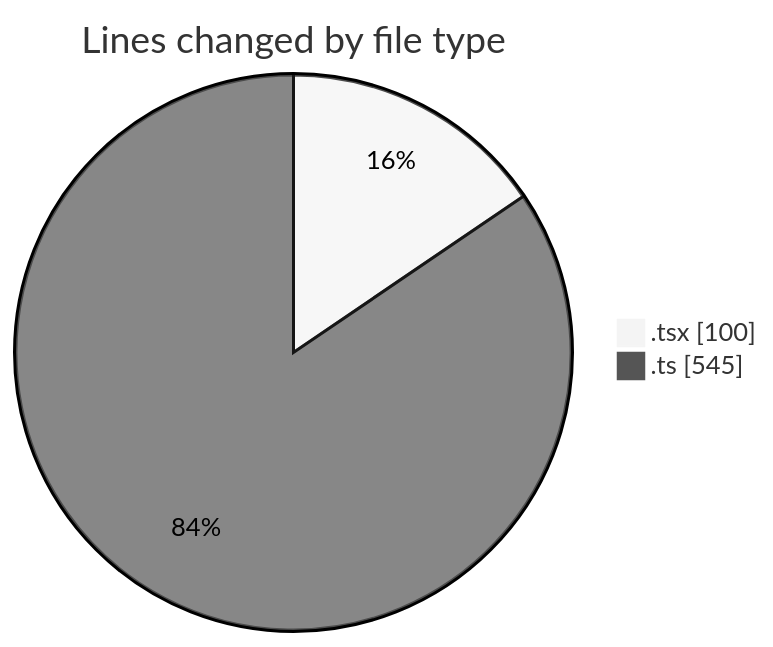
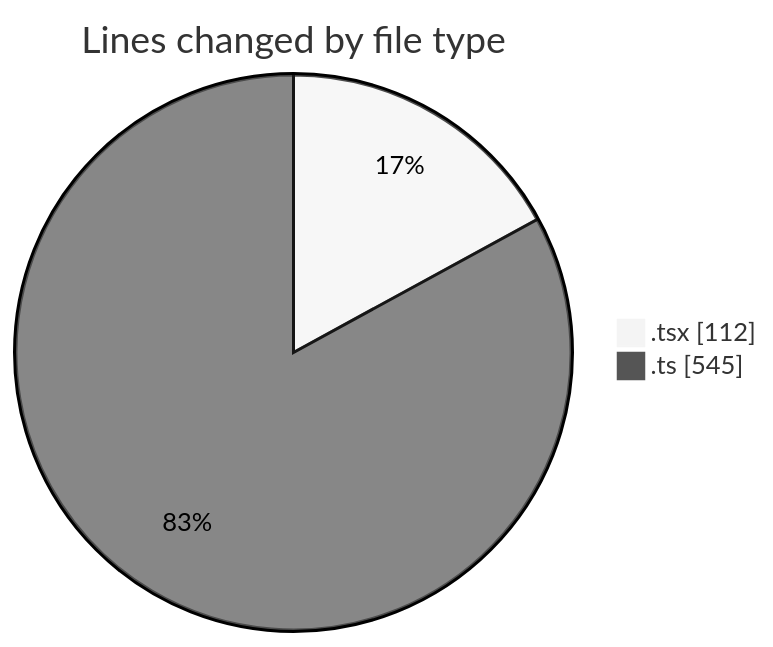
The first of 2 diagrams in 2025-01-22/mbc-web/README.md (robertbonfada/code-tracking), drawn with Mermaid (neutral theme) before and after one commit. The commit also changed other lines of this file and 1 other file, not shown here.

````diff
--- a/2025-01-22/mbc-web/README.md
+++ b/2025-01-22/mbc-web/README.md
@@ -25,6 +26,6 @@
 ```mermaid
 pie showData
 title Lines changed by file type
-".tsx" : 100
+".tsx" : 112
 ".ts" : 545
 ```
````
